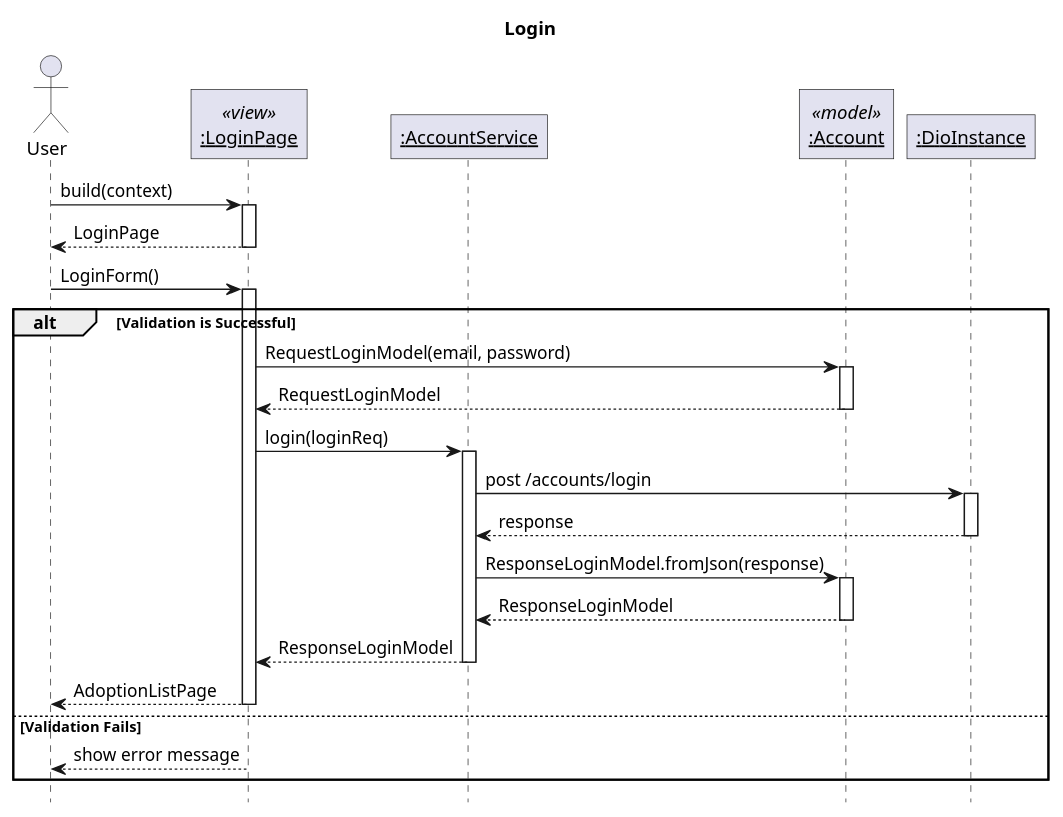
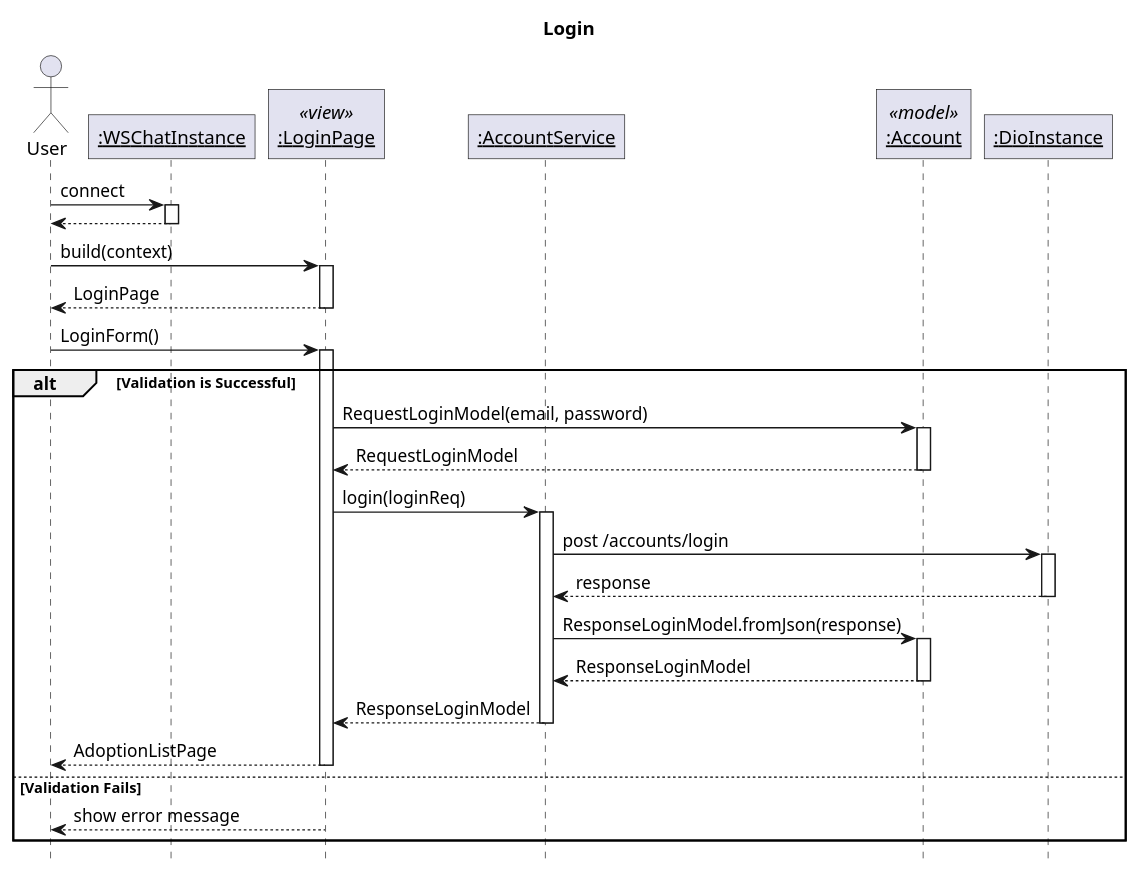
Before and after one commit to sharoncedila/FO_woofers: the diagram in lib/plantuml/sequence/account/login.puml, drawn with PlantUML. The commit also changed 33 other files, not shown here.

```diff
--- a/lib/plantuml/sequence/account/login.puml
+++ b/lib/plantuml/sequence/account/login.puml
@@ -1,39 +1,42 @@
 @startuml Login
 ' Global param
 title Login
 autoactivate on
 
 ' Global style configuration
 skinparam RoundCorner 0
 hide footbox
 
 ' Sequence participant configuration
 actor User
+participant "__:WSChatInstance__" as ws
 participant "__:LoginPage__" as Page <<view>>
 participant "__:AccountService__" as Service
 participant "__:Account__" as Model <<model>>
 participant "__:DioInstance__" as Dio
 
 
 ' Sequence diagram
+User -> ws: connect
+User <-- ws
 User -> Page: build(context)
 User <-- Page: LoginPage
 User -> Page: LoginForm()
 alt Validation is Successful
 Page -> Model: RequestLoginModel(email, password)
 Page <-- Model: RequestLoginModel
 Page -> Service: login(loginReq)
 Service -> Dio : post /accounts/login
 Service <-- Dio : response
 Service -> Model: ResponseLoginModel.fromJson(response)
 Service <-- Model: ResponseLoginModel
 Page <-- Service: ResponseLoginModel
 User <-- Page: AdoptionListPage
 else Validation Fails
 User <-- Page: show error message
 end
 
 
 
 
 @enduml
```
